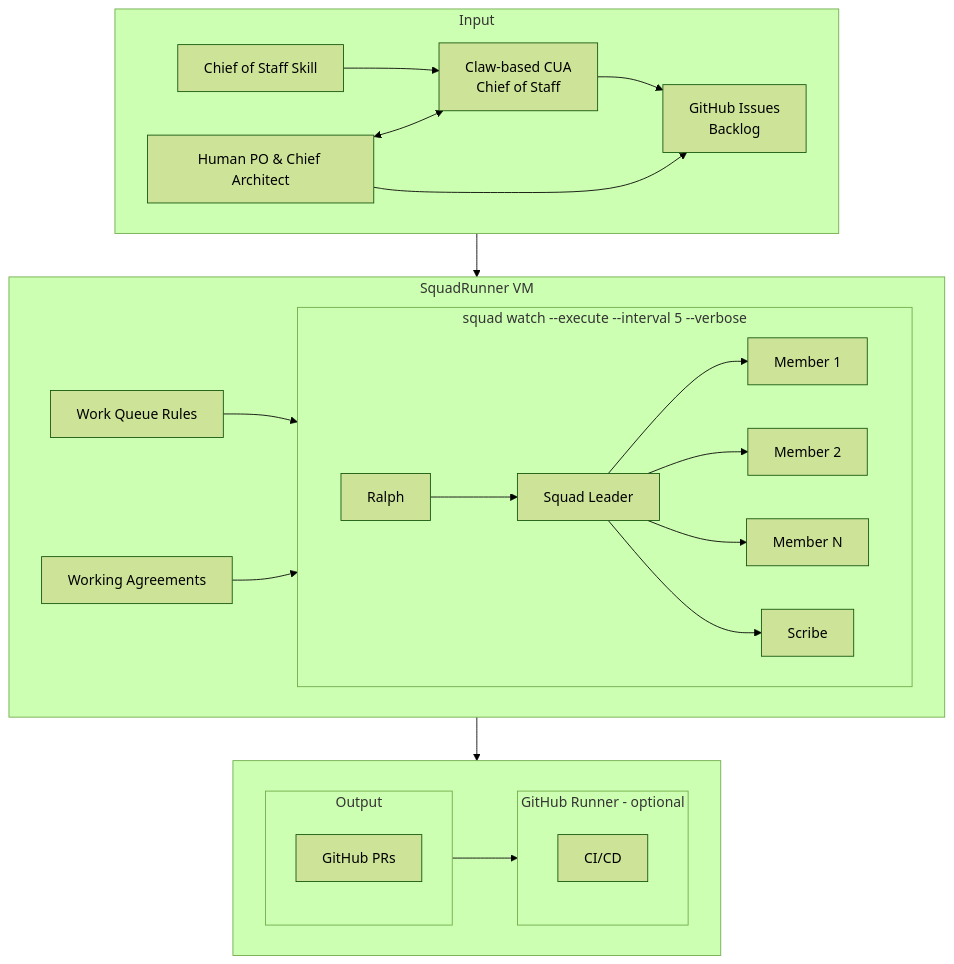
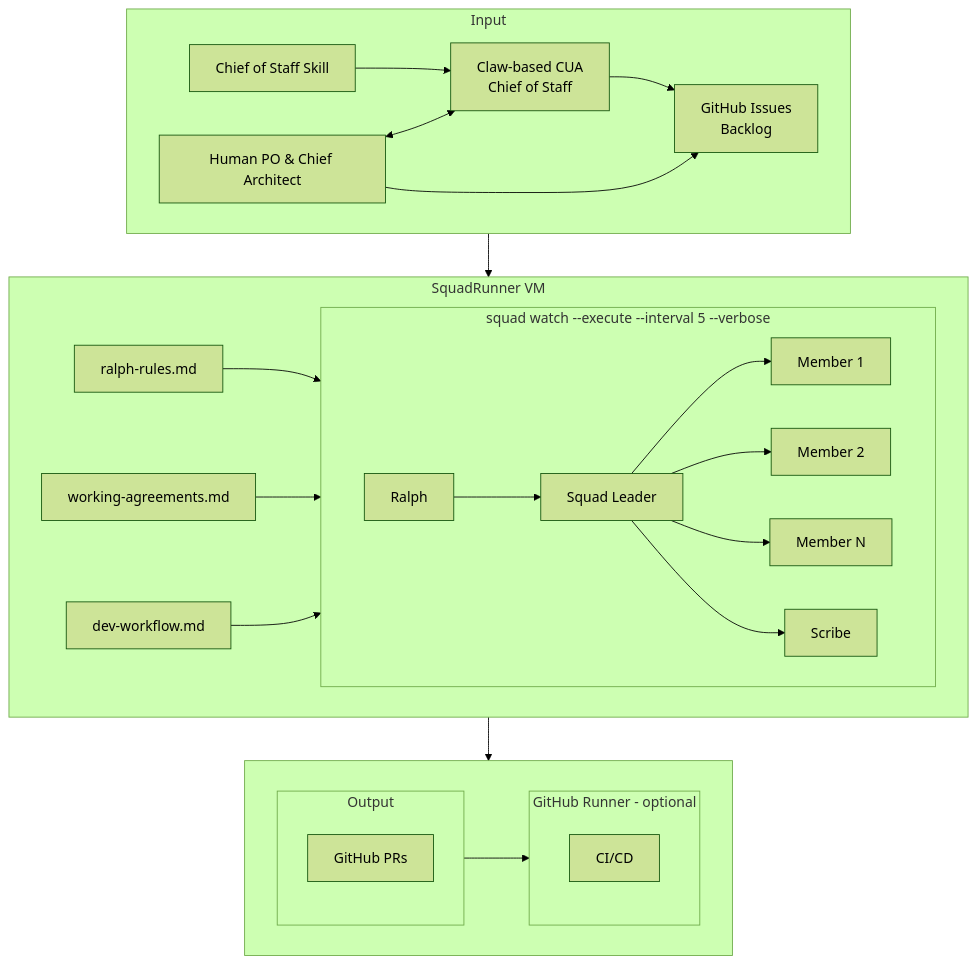
Before and after one commit to TheeUnderdog/SquadRunner: the diagram in README.md, drawn with Mermaid (forest theme). The commit also changed other lines of this file, not shown here.

Commit message:
Name specific skills in diagram
- ralph-rules.md → squad watch
- working-agreements.md → squad watch
- dev-workflow.md → squad watch

````diff
--- a/README.md
+++ b/README.md
@@ -9,37 +9,38 @@
 ```mermaid
 flowchart TD
     subgraph Input
         COS[Chief of Staff Skill] --> CUA
         H[Human PO & Chief Architect] <--> CUA[Claw-based CUA<br/>Chief of Staff]
         H --> GH[GitHub Issues<br/>Backlog]
         CUA --> GH
     end
     
     Input --> VM
     
     subgraph VM[SquadRunner VM]
-        WQ[Work Queue Rules] --> SW
-        WR[Working Agreements] --> SW
+        RR[ralph-rules.md] --> SW
+        WA[working-agreements.md] --> SW
+        DW[dev-workflow.md] --> SW
         subgraph SW[squad watch --execute --interval 5 --verbose]
             direction LR
             R[Ralph] --> SL[Squad Leader]
             SL --> M1[Member 1]
             SL --> M2[Member 2]
             SL --> MN[Member N]
             SL --> SC[Scribe]
         end
     end
     
     VM --> Bottom
     
     subgraph Bottom[ ]
         direction LR
         subgraph Output
             PR[GitHub PRs]
         end
         Output --> Runner
         subgraph Runner[GitHub Runner - optional]
             CI[CI/CD]
         end
     end
 ```
````
